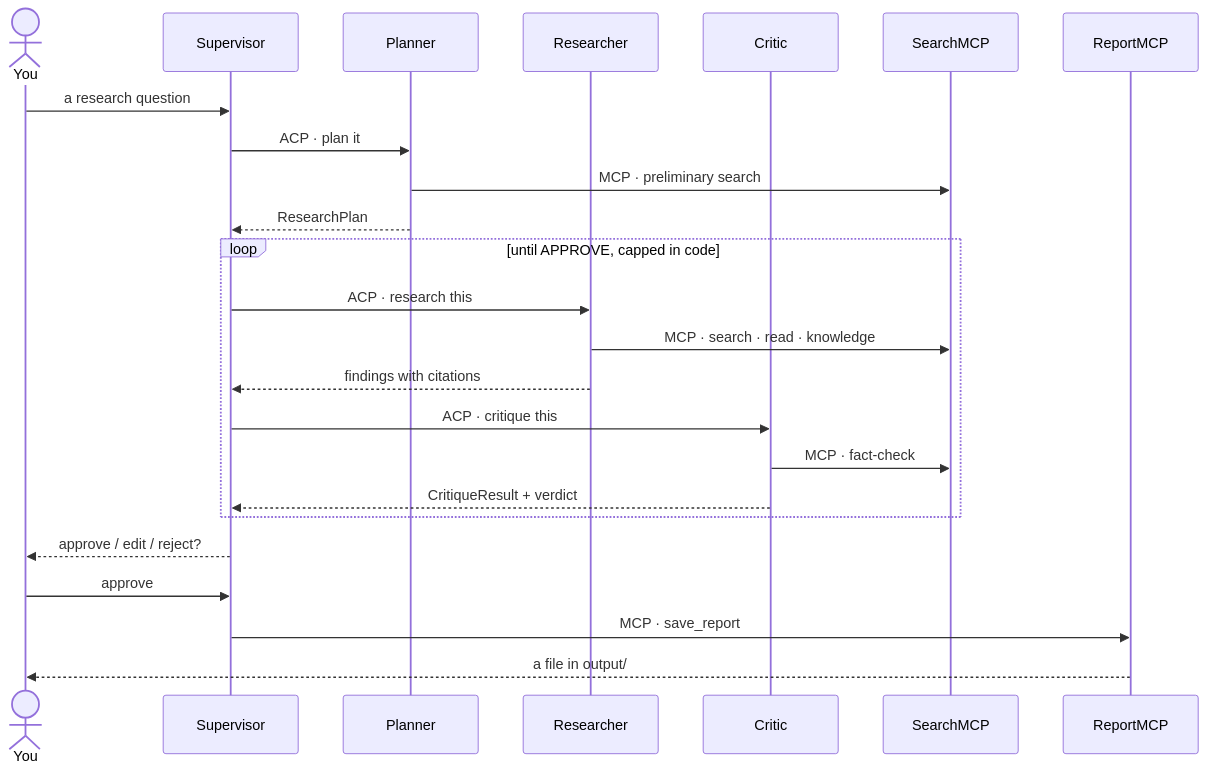
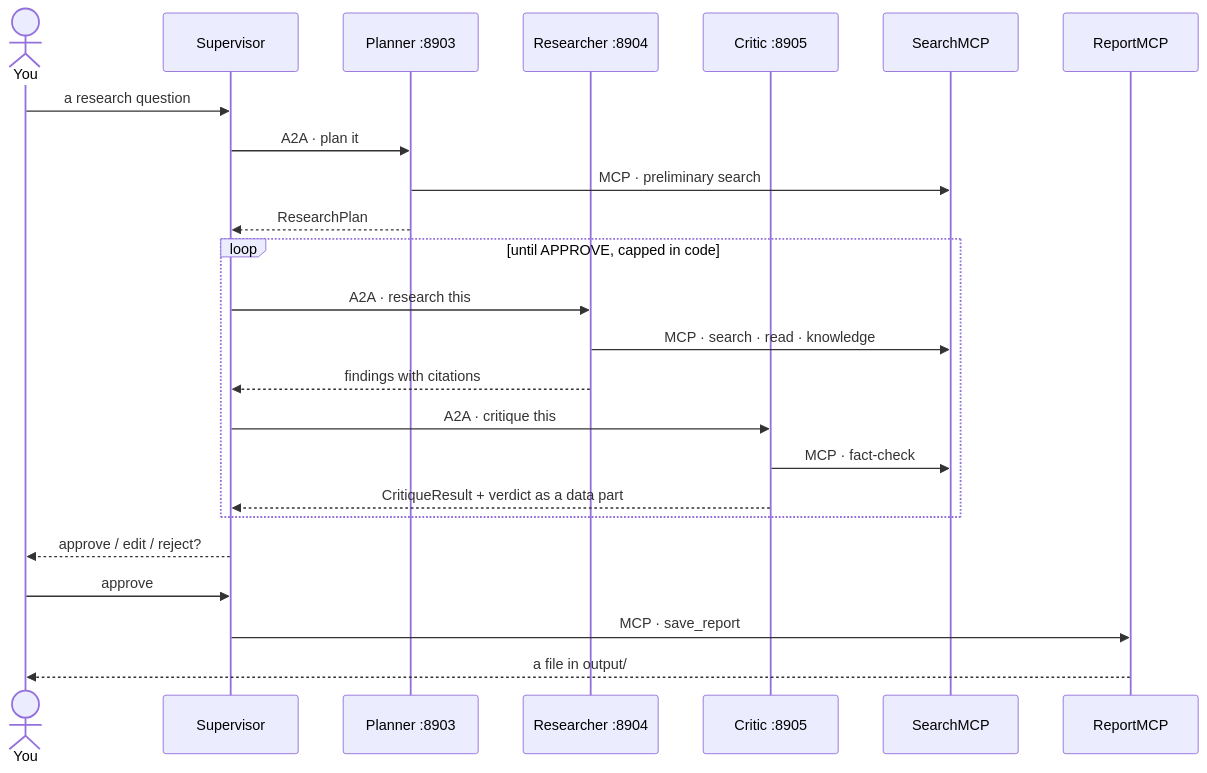
Before and after one commit to felkost/MA_systems_hl10: the second of 2 diagrams in README.md, drawn with Mermaid. The commit also changed other lines of this file and 3 other files, not shown here.

````diff
--- a/README.md
+++ b/README.md
@@ -62,29 +64,29 @@
 ```mermaid
 sequenceDiagram
     actor You
     participant S as Supervisor
-    participant P as Planner
-    participant R as Researcher
-    participant C as Critic
+    participant P as Planner :8903
+    participant R as Researcher :8904
+    participant C as Critic :8905
     participant Search as SearchMCP
     participant Report as ReportMCP
 
     You->>S: a research question
-    S->>P: ACP · plan it
+    S->>P: A2A · plan it
     P->>Search: MCP · preliminary search
     P-->>S: ResearchPlan
 
     loop until APPROVE, capped in code
-        S->>R: ACP · research this
+        S->>R: A2A · research this
         R->>Search: MCP · search · read · knowledge
         R-->>S: findings with citations
-        S->>C: ACP · critique this
+        S->>C: A2A · critique this
         C->>Search: MCP · fact-check
-        C-->>S: CritiqueResult + verdict
+        C-->>S: CritiqueResult + verdict as a data part
     end
 
     S-->>You: approve / edit / reject?
     You->>S: approve
     S->>Report: MCP · save_report
     Report-->>You: a file in output/
 ```
````
